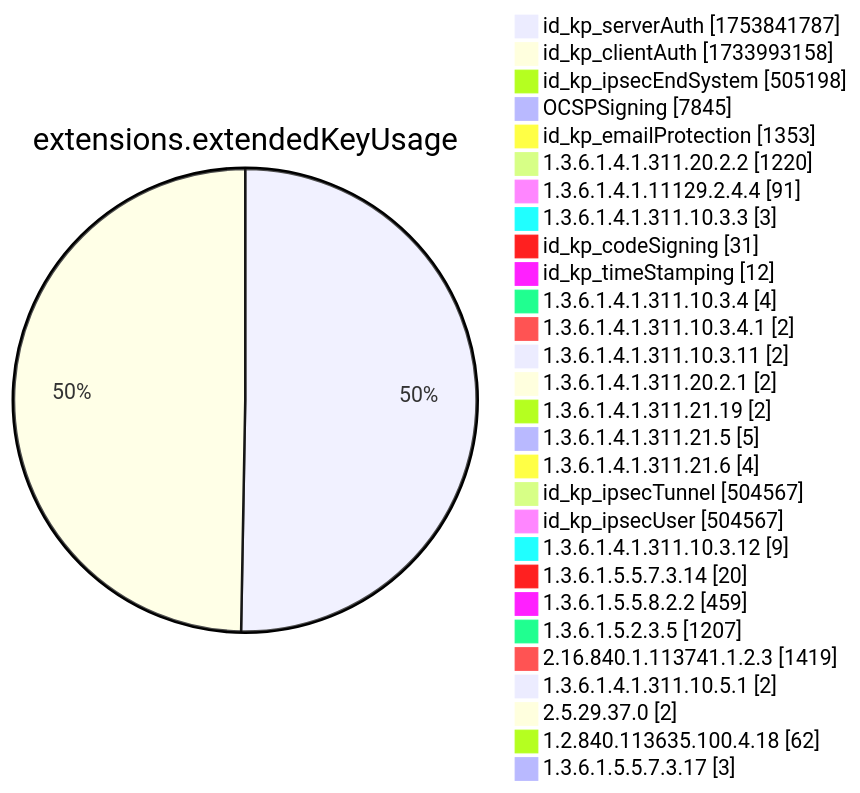
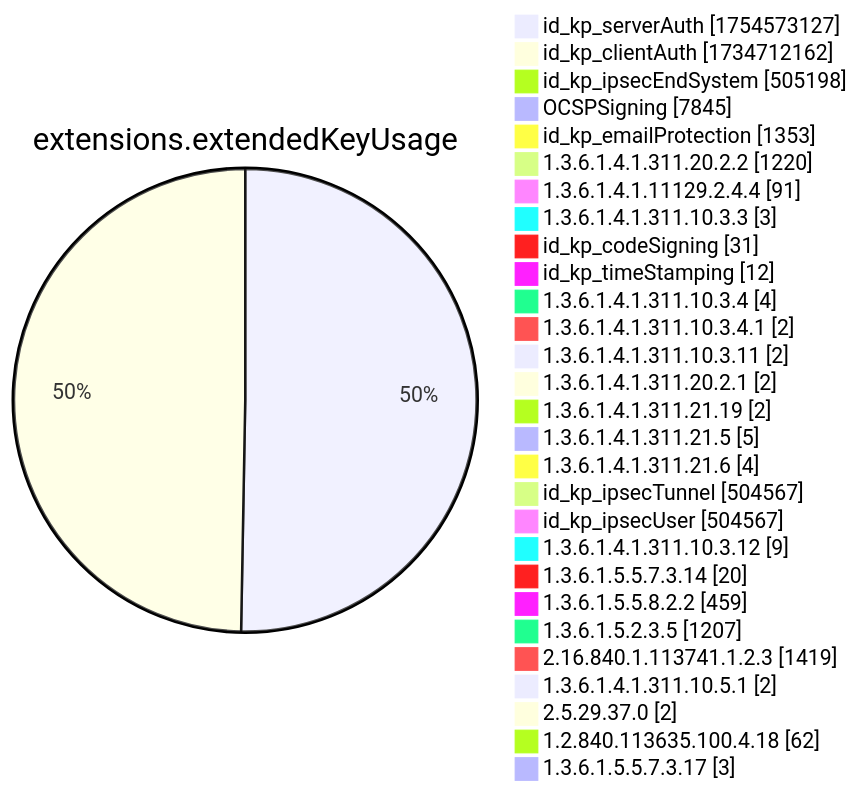
Diagram 12 of 15 in xenon2022/README.md (christiankrug/ctmonitor_visualization), drawn with Mermaid before and after one commit. The commit also changed other lines of this file, not shown here.

````diff
--- a/xenon2022/README.md
+++ b/xenon2022/README.md
@@ -3892,32 +3892,32 @@
 ```mermaid
 pie showData
 title extensions.extendedKeyUsage
-"id_kp_serverAuth" :1753841787
-"id_kp_clientAuth" :1733993158
+"id_kp_serverAuth" :1754573127
+"id_kp_clientAuth" :1734712162
 "id_kp_ipsecEndSystem" :505198
 "OCSPSigning" :7845
 "id_kp_emailProtection" :1353
 "1.3.6.1.4.1.311.20.2.2" :1220
 "1.3.6.1.4.1.11129.2.4.4" :91
 "1.3.6.1.4.1.311.10.3.3" :3
 "id_kp_codeSigning" :31
 "id_kp_timeStamping" :12
 "1.3.6.1.4.1.311.10.3.4" :4
 "1.3.6.1.4.1.311.10.3.4.1" :2
 "1.3.6.1.4.1.311.10.3.11" :2
 "1.3.6.1.4.1.311.20.2.1" :2
 "1.3.6.1.4.1.311.21.19" :2
 "1.3.6.1.4.1.311.21.5" :5
 "1.3.6.1.4.1.311.21.6" :4
 "id_kp_ipsecTunnel" :504567
 "id_kp_ipsecUser" :504567
 "1.3.6.1.4.1.311.10.3.12" :9
 "1.3.6.1.5.5.7.3.14" :20
 "1.3.6.1.5.5.8.2.2" :459
 "1.3.6.1.5.2.3.5" :1207
 "2.16.840.1.113741.1.2.3" :1419
 "1.3.6.1.4.1.311.10.5.1" :2
 "2.5.29.37.0" :2
 "1.2.840.113635.100.4.18" :62
 "1.3.6.1.5.5.7.3.17" :3
 ```
````
